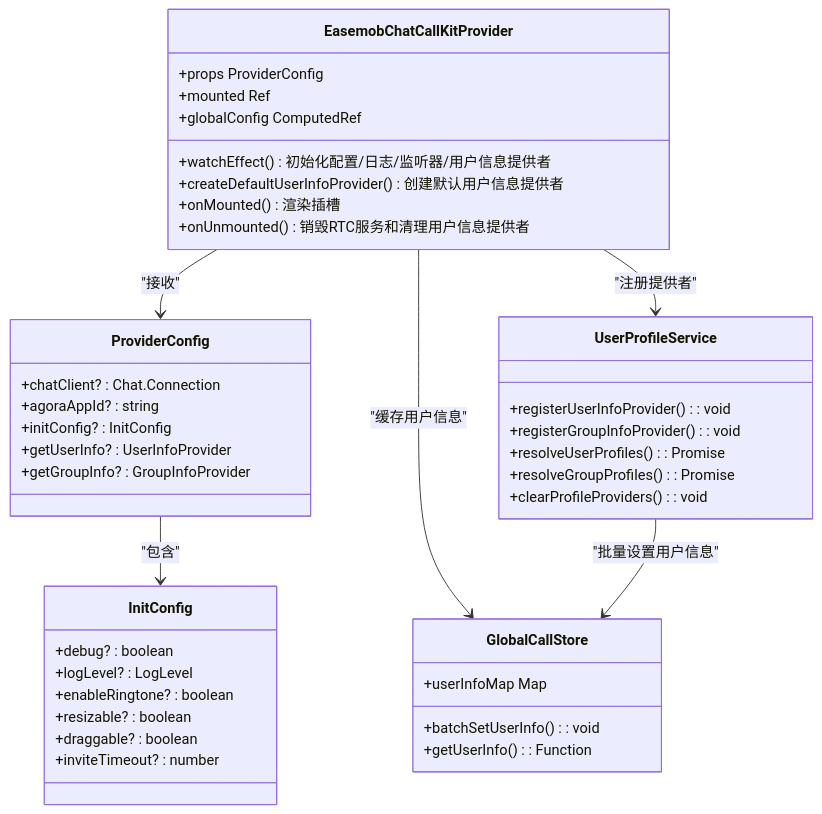
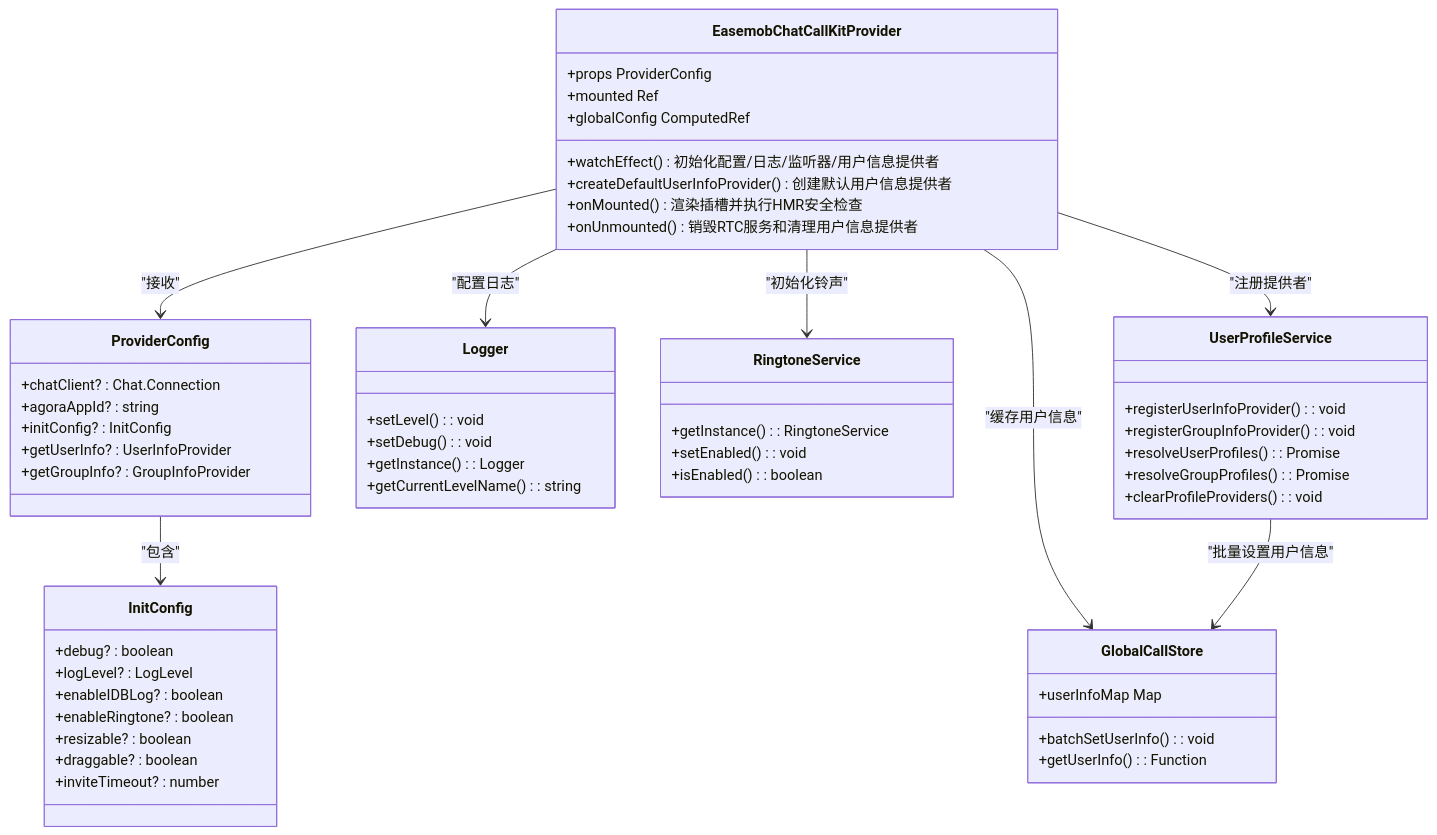
The third of 5 diagrams in .qoder/repowiki/zh/content/核心组件/Provider 组件.md (Easemob-Community/easemob-uikit-callkit-vue3), drawn with Mermaid before and after one commit. The commit also changed other lines of this file and 58 other files, not shown here.

````diff
--- a/.qoder/repowiki/zh/content/核心组件/Provider 组件.md
+++ b/.qoder/repowiki/zh/content/核心组件/Provider 组件.md
@@ -186,44 +209,58 @@
 ```mermaid
 classDiagram
 class EasemobChatCallKitProvider {
 +props ProviderConfig
 +mounted Ref<bool>
 +globalConfig ComputedRef
 +watchEffect() 初始化配置/日志/监听器/用户信息提供者
 +createDefaultUserInfoProvider() 创建默认用户信息提供者
-+onMounted() 渲染插槽
++onMounted() 渲染插槽并执行HMR安全检查
 +onUnmounted() 销毁RTC服务和清理用户信息提供者
 }
 class ProviderConfig {
 +chatClient? : Chat.Connection
 +agoraAppId? : string
 +initConfig? : InitConfig
 +getUserInfo? : UserInfoProvider
 +getGroupInfo? : GroupInfoProvider
 }
 class InitConfig {
 +debug? : boolean
 +logLevel? : LogLevel
++enableIDBLog? : boolean
 +enableRingtone? : boolean
 +resizable? : boolean
 +draggable? : boolean
 +inviteTimeout? : number
+}
+class Logger {
++setLevel() : void
++setDebug() : void
++getInstance() : Logger
++getCurrentLevelName() : string
+}
+class RingtoneService {
++getInstance() : RingtoneService
++setEnabled() : void
++isEnabled() : boolean
 }
 class UserProfileService {
 +registerUserInfoProvider() : void
 +registerGroupInfoProvider() : void
 +resolveUserProfiles() : Promise<UserProfile[]>
 +resolveGroupProfiles() : Promise<GroupProfile[]>
 +clearProfileProviders() : void
 }
 class GlobalCallStore {
 +userInfoMap Map
 +batchSetUserInfo() : void
 +getUserInfo() : Function
 }
 EasemobChatCallKitProvider --> ProviderConfig : "接收"
 ProviderConfig --> InitConfig : "包含"
+EasemobChatCallKitProvider --> Logger : "配置日志"
+EasemobChatCallKitProvider --> RingtoneService : "初始化铃声"
 EasemobChatCallKitProvider --> UserProfileService : "注册提供者"
 EasemobChatCallKitProvider --> GlobalCallStore : "缓存用户信息"
 UserProfileService --> GlobalCallStore : "批量设置用户信息"
 ```
````
